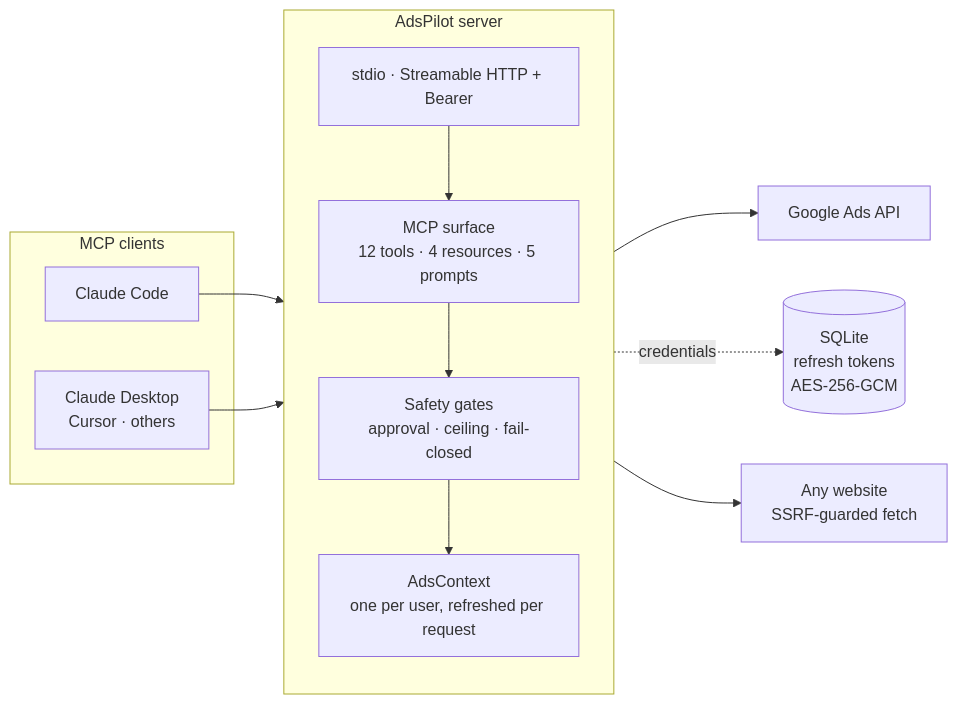
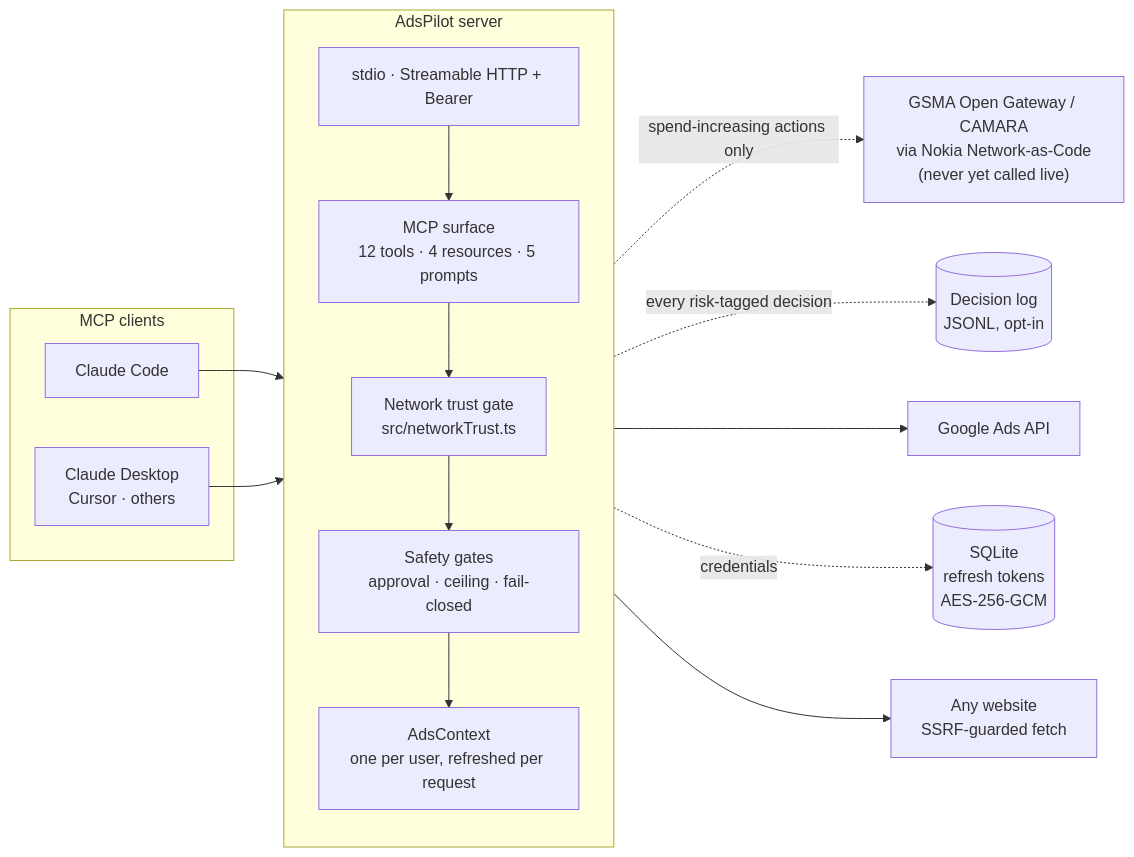
Before and after one commit to Xaena53/aegis: the second of 3 diagrams in README.md, drawn with Mermaid. The commit also changed other lines of this file and 15 other files, not shown here.

````diff
--- a/README.md
+++ b/README.md
@@ -79,28 +174,34 @@
 ```mermaid
 flowchart LR
     subgraph clients["MCP clients"]
         CC["Claude Code"]
         CD["Claude Desktop<br/>Cursor · others"]
     end
 
     subgraph server["AdsPilot server"]
         direction TB
         T["stdio · Streamable HTTP + Bearer"]
         M["MCP surface<br/>12 tools · 4 resources · 5 prompts"]
+        NT["Network trust gate<br/>src/networkTrust.ts"]
         SG["Safety gates<br/>approval · ceiling · fail-closed"]
         AC["AdsContext<br/>one per user, refreshed per request"]
     end
 
     DB[("SQLite<br/>refresh tokens<br/>AES-256-GCM")]
     GA["Google Ads API"]
     WEB["Any website<br/>SSRF-guarded fetch"]
+    NAC["GSMA Open Gateway / CAMARA<br/>via Nokia Network-as-Code<br/>(never yet called live)"]
+    LOG[("Decision log<br/>JSONL, opt-in")]
 
     CC --> T
     CD --> T
     T --> M
-    M --> SG
+    M --> NT
+    NT -.spend-increasing actions only.-> NAC
+    NT --> SG
+    NT -.every risk-tagged decision.-> LOG
     SG --> AC
     AC --> GA
     AC -.credentials.-> DB
     M --> WEB
 ```
````
